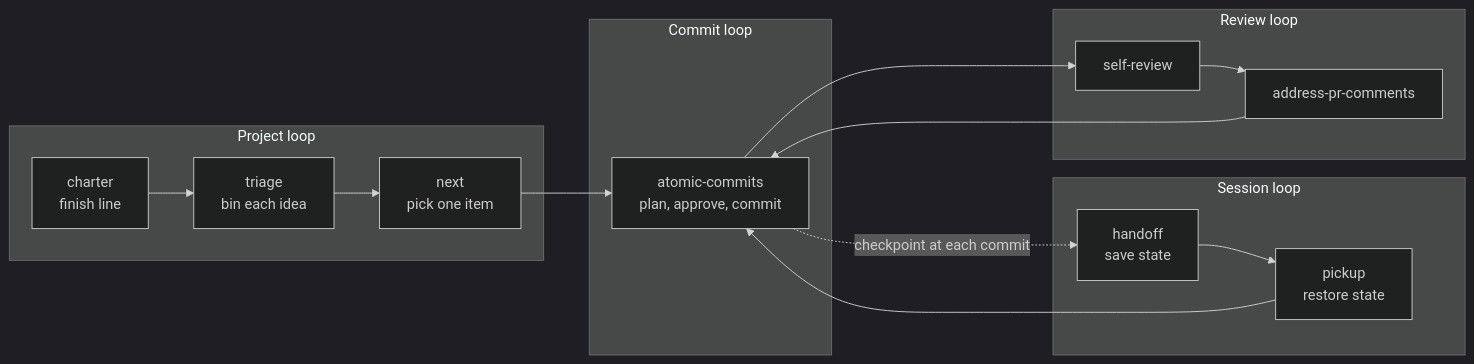
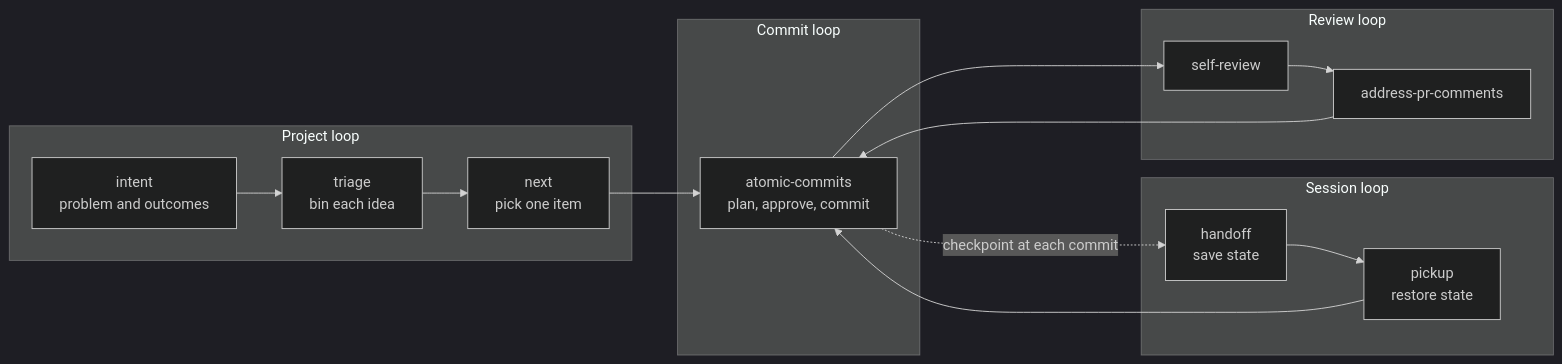
One commit to sdevikar/sdlc-tools changed the first of 11 diagrams in devflow/README.md. Above: the diagram before and after it, drawn with Mermaid (dark theme). The commit also changed other lines of this file and 13 other files, not shown here.

First line of the commit message:
feat(devflow): replace the charter with the playbook's intent.md

````diff
--- a/devflow/README.md
+++ b/devflow/README.md
@@ -11,19 +11,19 @@
 ```mermaid
 flowchart LR
     subgraph P["Project loop"]
-        CH["charter<br/>finish line"] --> TR["triage<br/>bin each idea"] --> NX["next<br/>pick one item"]
+        IN["intent<br/>problem and outcomes"] --> TR["triage<br/>bin each idea"] --> NX["next<br/>pick one item"]
     end
     subgraph C["Commit loop"]
         AC["atomic-commits<br/>plan, approve, commit"]
     end
     subgraph S["Session loop"]
         HO["handoff<br/>save state"] --> PU["pickup<br/>restore state"]
     end
     subgraph R["Review loop"]
         SR["self-review"] --> PR["address-pr-comments"]
     end
     NX --> AC --> SR
     AC -. "checkpoint at each commit" .-> HO
     PU --> AC
     PR --> AC
 ```
````
